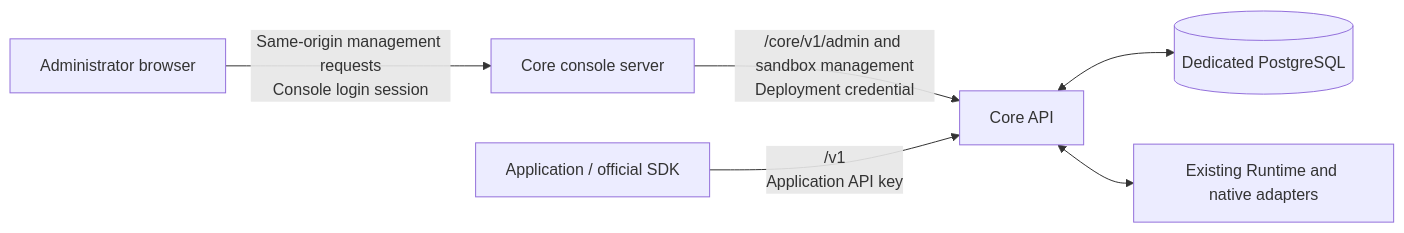
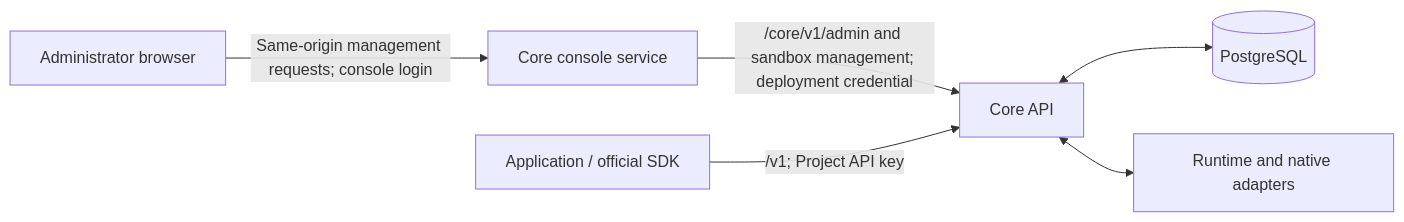
Before and after one commit to AllureCurtain/OpenAgentCore: the diagram in docs/web/architecture.md, drawn with Mermaid. The commit also changed other lines of this file and 20 other files, not shown here.

````diff
--- a/docs/web/architecture.md
+++ b/docs/web/architecture.md
@@ -21,15 +14,15 @@
 ```mermaid
 flowchart LR
   browser["Administrator browser"]
-  console["Core console server"]
+  console["Core console service"]
   core["Core API"]
-  database[("Dedicated PostgreSQL")]
+  database[("PostgreSQL")]
   application["Application / official SDK"]
-  runtime["Existing Runtime and native adapters"]
+  runtime["Runtime and native adapters"]
 
-  browser -->|"Same-origin management requests<br/>Console login session"| console
-  console -->|"/core/v1/admin and sandbox management<br/>Deployment credential"| core
-  application -->|"/v1<br/>Application API key"| core
+  browser -->|"Same-origin management requests; console login"| console
+  console -->|"/core/v1/admin and sandbox management; deployment credential"| core
+  application -->|"/v1; Project API key"| core
   core <--> database
   core <--> runtime
 ```
````
